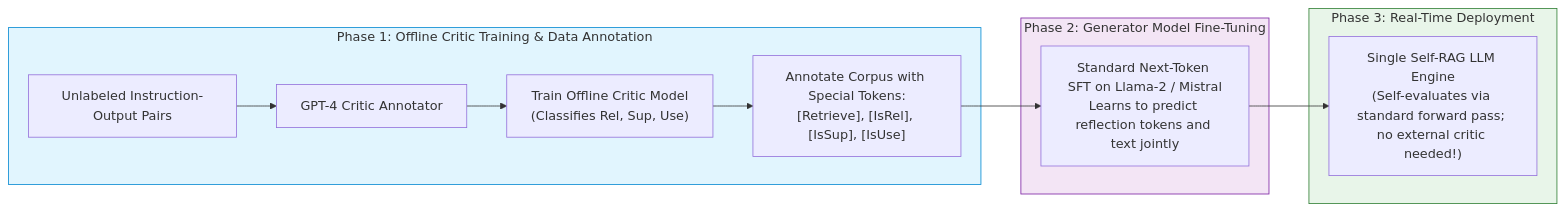
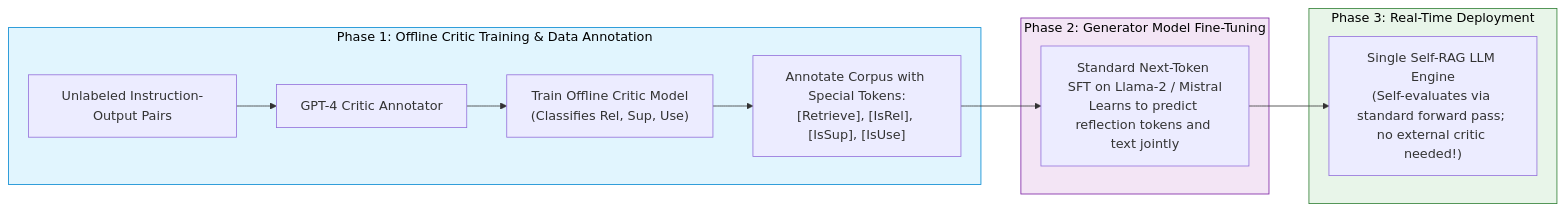
Before and after one commit to swapnil3104/RAG-Engineering: the second of 4 diagrams in 06-Advanced-RAG/Self-RAG.md, drawn with Mermaid. The commit also changed other lines of this file and 108 other files, not shown here.

Commit message:
fix: make chart text visible across all Mermaid diagrams and resolve markdown table formatting issues

````diff
--- a/06-Advanced-RAG/Self-RAG.md
+++ b/06-Advanced-RAG/Self-RAG.md
@@ -96,20 +96,20 @@
 ```mermaid
 flowchart LR
     subgraph OfflineTraining ["Phase 1: Offline Critic Training & Data Annotation"]
         SeedData["Unlabeled Instruction-Output Pairs"] --> GPT4Judge["GPT-4 Critic Annotator"]
         GPT4Judge --> CriticTrain["Train Offline Critic Model<br/>(Classifies Rel, Sup, Use)"]
         CriticTrain --> InsertTokens["Annotate Corpus with Special Tokens:<br/>[Retrieve], [IsRel], [IsSup], [IsUse]"]
     end
 
     subgraph GeneratorTraining ["Phase 2: Generator Model Fine-Tuning"]
         InsertTokens --> GeneratorTrain["Standard Next-Token SFT on Llama-2 / Mistral<br/>Learns to predict reflection tokens and text jointly"]
     end
 
     subgraph OnlineInference ["Phase 3: Real-Time Deployment"]
         GeneratorTrain --> DeployedLLM["Single Self-RAG LLM Engine<br/>(Self-evaluates via standard forward pass; no external critic needed!)"]
     end
 
-    style OfflineTraining fill:#e1f5fe,stroke:#0288d1,stroke-width:1px
-    style GeneratorTraining fill:#f3e5f5,stroke:#7b1fa2,stroke-width:1px
-    style OnlineInference fill:#e8f5e9,stroke:#2e7d32,stroke-width:1px
+    style OfflineTraining fill:#e1f5fe,stroke:#0288d1,stroke-width:1px,color:#000000
+    style GeneratorTraining fill:#f3e5f5,stroke:#7b1fa2,stroke-width:1px,color:#000000
+    style OnlineInference fill:#e8f5e9,stroke:#2e7d32,stroke-width:1px,color:#000000
 ```
````
